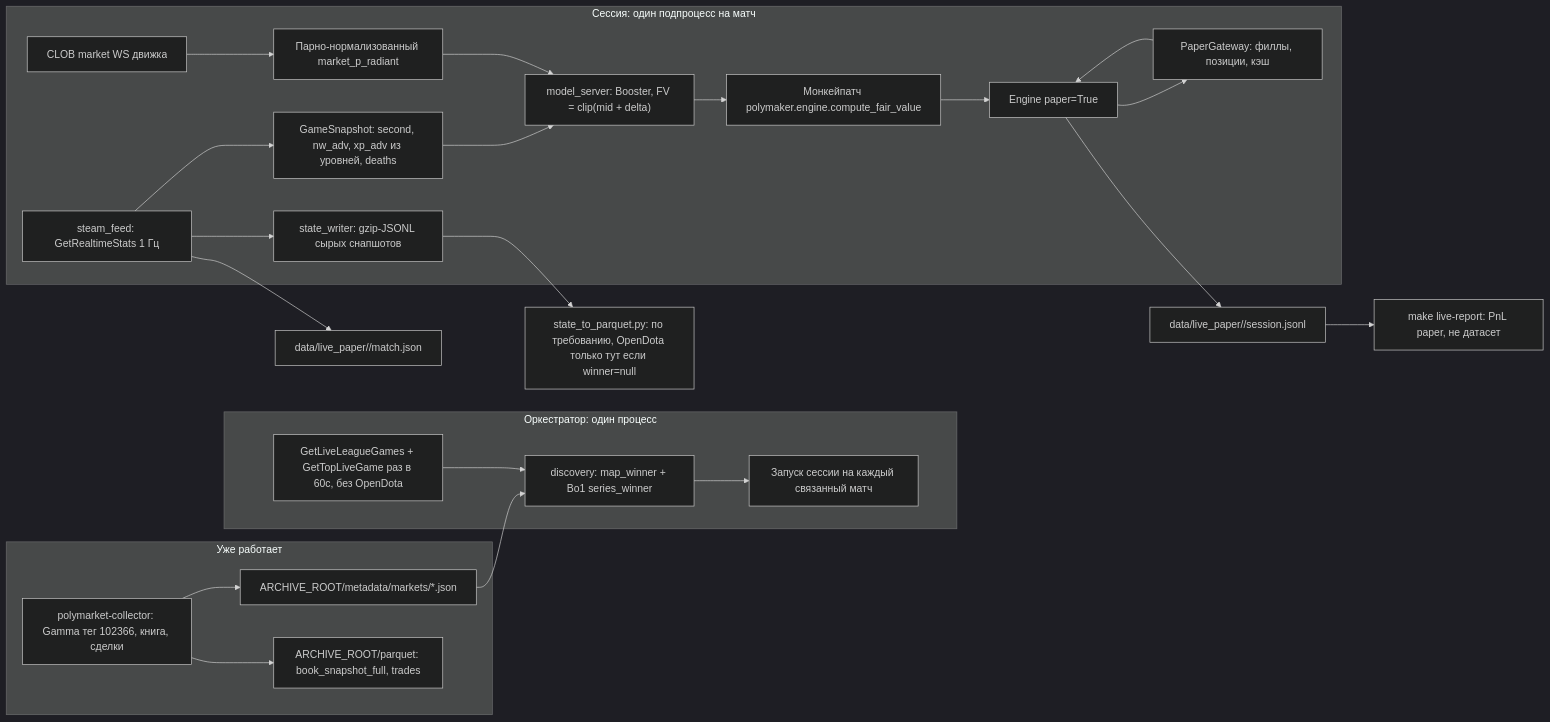
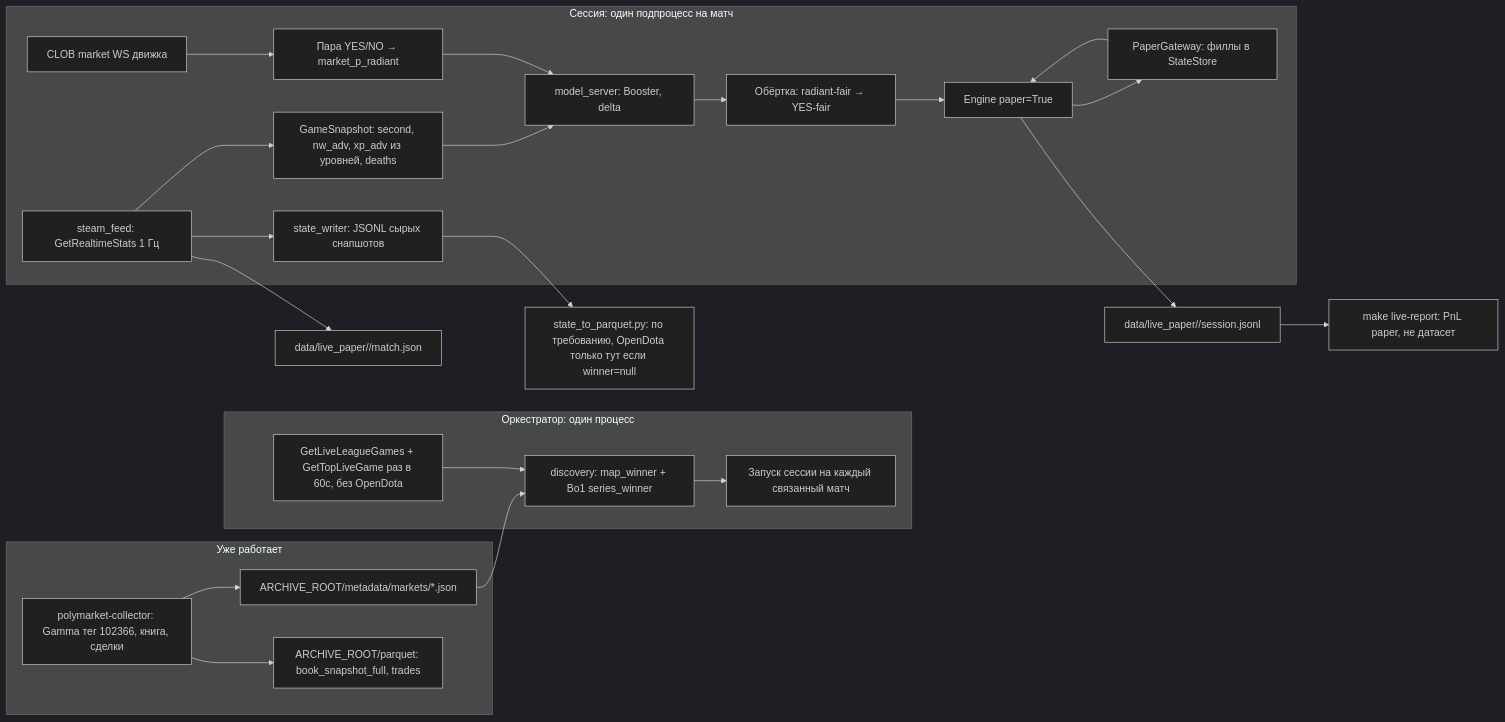
One commit to Dimabytes/betting_workspace changed the diagram in .cursor/plans/dota_live_paper_trading_97c73d9d.plan.md. Above: the diagram before and after it, drawn with Mermaid (dark theme). The commit also changed other lines of this file and 1 other file, not shown here.

First line of the commit message:
Record live-paper review decisions and merge thin user stories.

````diff
--- a/.cursor/plans/dota_live_paper_trading_97c73d9d.plan.md
+++ b/.cursor/plans/dota_live_paper_trading_97c73d9d.plan.md
@@ -111,27 +111,27 @@
 ```mermaid
 flowchart LR
   subgraph vps [Уже работает]
     coll["polymarket-collector: Gamma тег 102366, книга, сделки"] --> meta["ARCHIVE_ROOT/metadata/markets/*.json"]
     coll --> pq["ARCHIVE_ROOT/parquet: book_snapshot_full, trades"]
   end
   subgraph orch [Оркестратор: один процесс]
     meta --> disc["discovery: map_winner + Bo1 series_winner"]
     steam["GetLiveLeagueGames + GetTopLiveGame раз в 60с, без OpenDota"] --> disc
     disc --> spawn["Запуск сессии на каждый связанный матч"]
   end
   subgraph sess [Сессия: один подпроцесс на матч]
-    feed["steam_feed: GetRealtimeStats 1 Гц"] --> raw["state_writer: gzip-JSONL сырых снапшотов"]
+    feed["steam_feed: GetRealtimeStats 1 Гц"] --> raw["state_writer: JSONL сырых снапшотов"]
     feed --> snap["GameSnapshot: second, nw_adv, xp_adv из уровней, deaths"]
-    snap --> model["model_server: Booster, FV = clip(mid + delta)"]
-    book["CLOB market WS движка"] --> mid["Парно-нормализованный market_p_radiant"]
+    snap --> model["model_server: Booster, delta"]
+    book["CLOB market WS движка"] --> mid["Пара YES/NO → market_p_radiant"]
     mid --> model
-    model --> patch["Монкейпатч polymaker.engine.compute_fair_value"]
-    patch --> eng["Engine paper=True"]
-    eng --> gw["PaperGateway: филлы, позиции, кэш"]
+    model --> adapter["Обёртка: radiant-fair → YES-fair"]
+    adapter --> eng["Engine paper=True"]
+    eng --> gw["PaperGateway: филлы в StateStore"]
     gw --> eng
   end
   raw --> conv["state_to_parquet.py: по требованию, OpenDota только тут если winner=null"]
   eng --> jsonl["data/live_paper/<match_id>/session.jsonl"]
   feed --> mj["data/live_paper/<match_id>/match.json"]
   jsonl --> report["make live-report: PnL paper, не датасет"]
 ```
````
